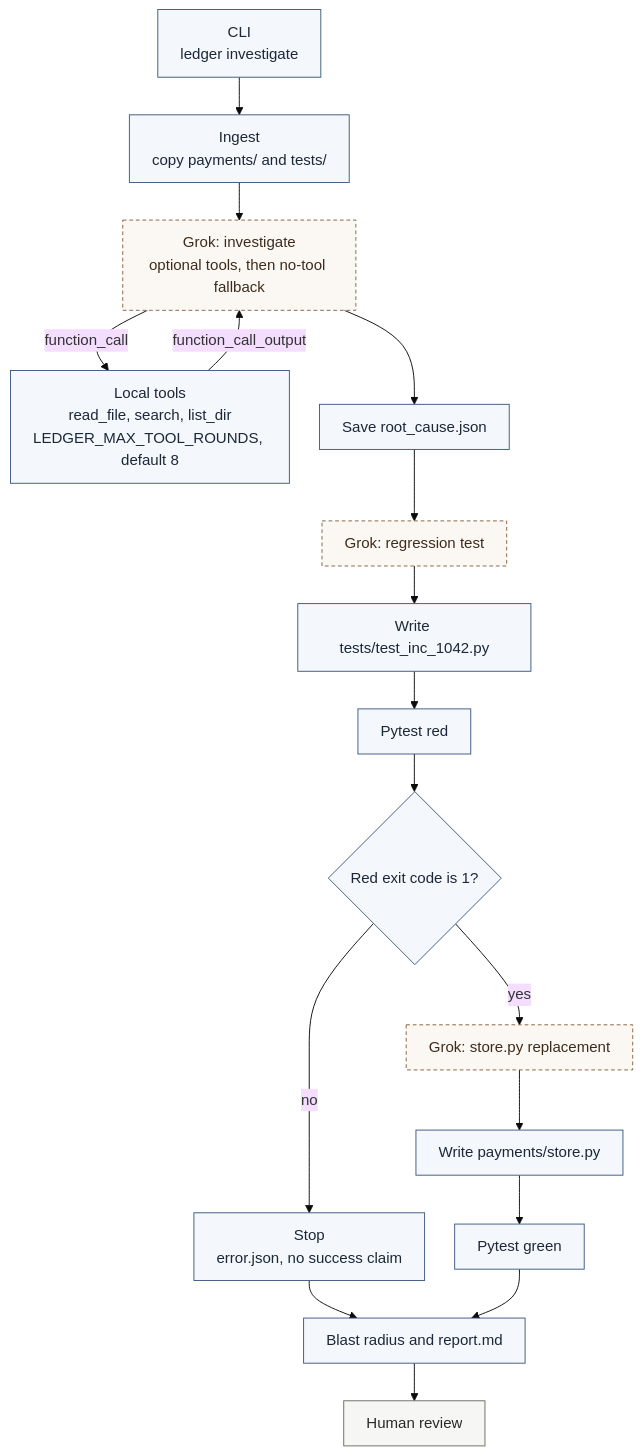
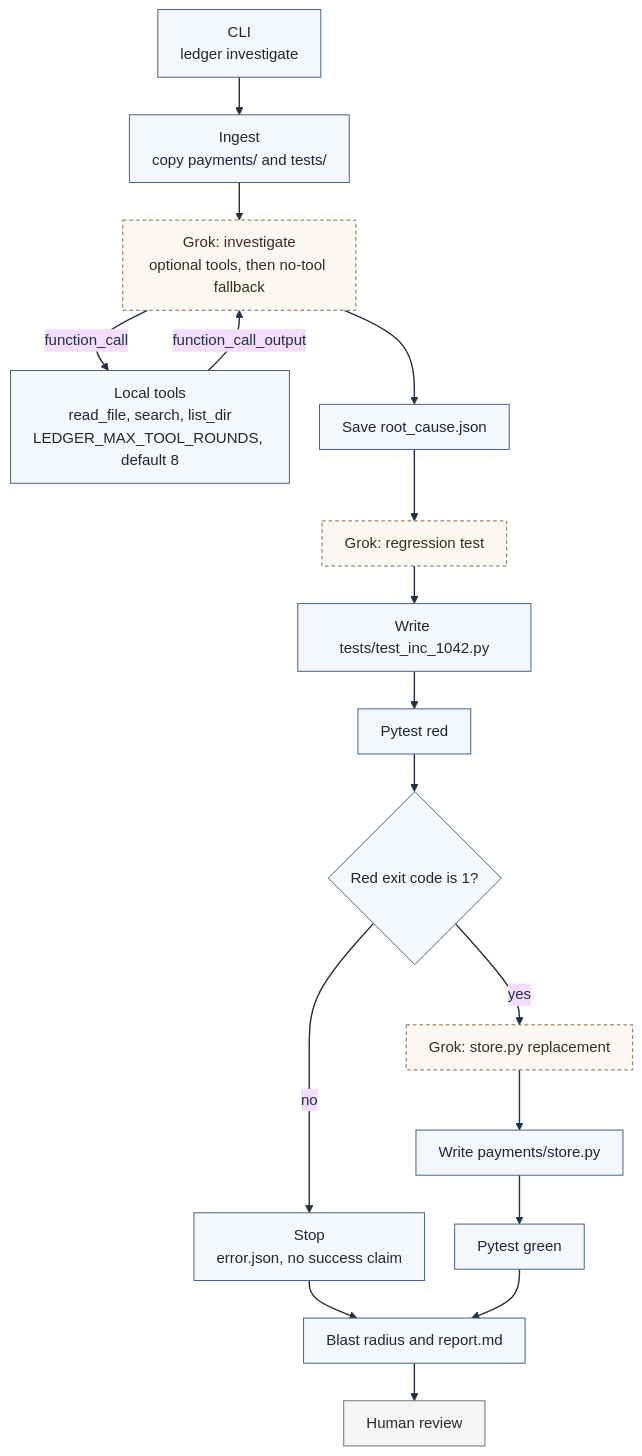
The diagram in docs/architecture.md (Kashish-1010/incident-remediation-agent-grok), drawn with Mermaid before and after one commit.

Commit message:
Make architecture diagram arrows visible on GitHub dark theme.
Pin a light diagram background and a dark stroke so edges do not blend into the page.

````diff
--- a/docs/architecture.md
+++ b/docs/architecture.md
@@ -7,35 +7,37 @@
 ```mermaid
-%%{init: {'theme': 'base', 'flowchart': {'nodeSpacing': 32, 'rankSpacing': 40, 'padding': 12}}}%%
+%%{init: {'theme': 'base', 'themeVariables': {'background': '#f7f8fa', 'lineColor': '#243044', 'arrowheadColor': '#243044'}, 'flowchart': {'nodeSpacing': 32, 'rankSpacing': 40, 'padding': 12}}}%%
 flowchart TD
   cli["CLI<br/>ledger investigate"]
   ingest["Ingest<br/>copy payments/ and tests/"]
   tools["Local tools<br/>read_file, search, list_dir<br/>LEDGER_MAX_TOOL_ROUNDS, default 8"]
   root["Save root_cause.json"]
   writeTest["Write tests/test_inc_1042.py"]
   red["Pytest red"]
   gate{"Red exit code is 1?"}
   writeStore["Write payments/store.py"]
   green["Pytest green"]
   stop["Stop<br/>error.json, no success claim"]
   report["Blast radius and report.md"]
   human["Human review"]
 
   reason["Grok: investigate<br/>optional tools, then no-tool fallback"]
   testCall["Grok: regression test"]
   patchCall["Grok: store.py replacement"]
 
   cli --> ingest --> reason
   reason -->|function_call| tools
   tools -->|function_call_output| reason
   reason --> root --> testCall --> writeTest --> red --> gate
   gate -->|no| stop --> report
   gate -->|yes| patchCall --> writeStore --> green --> report
   report --> human
 
   class cli,ingest,tools,root,writeTest,red,gate,writeStore,green,stop,report code
   class reason,testCall,patchCall grok
   class human review
   classDef code fill:#f4f7fb,stroke:#3d5a80,color:#1c2838,stroke-width:1px
   classDef grok fill:#fbf8f3,stroke:#8a6240,color:#3d2c1e,stroke-width:1px,stroke-dasharray: 4 3
   classDef review fill:#f6f6f4,stroke:#6b6b66,color:#2a2a28,stroke-width:1px
+
+  linkStyle default stroke:#243044,stroke-width:1.5px,color:#243044
 ```
````
